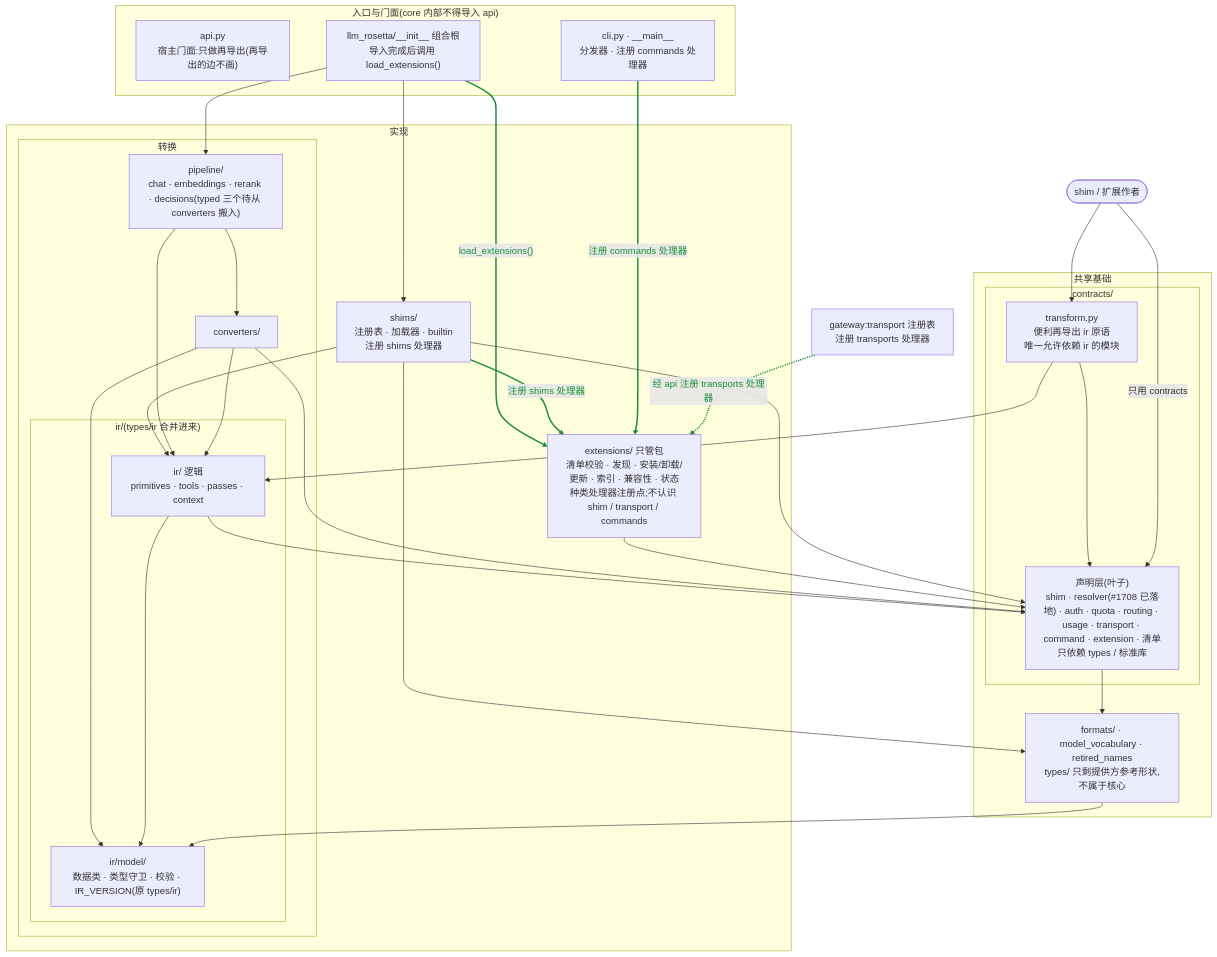
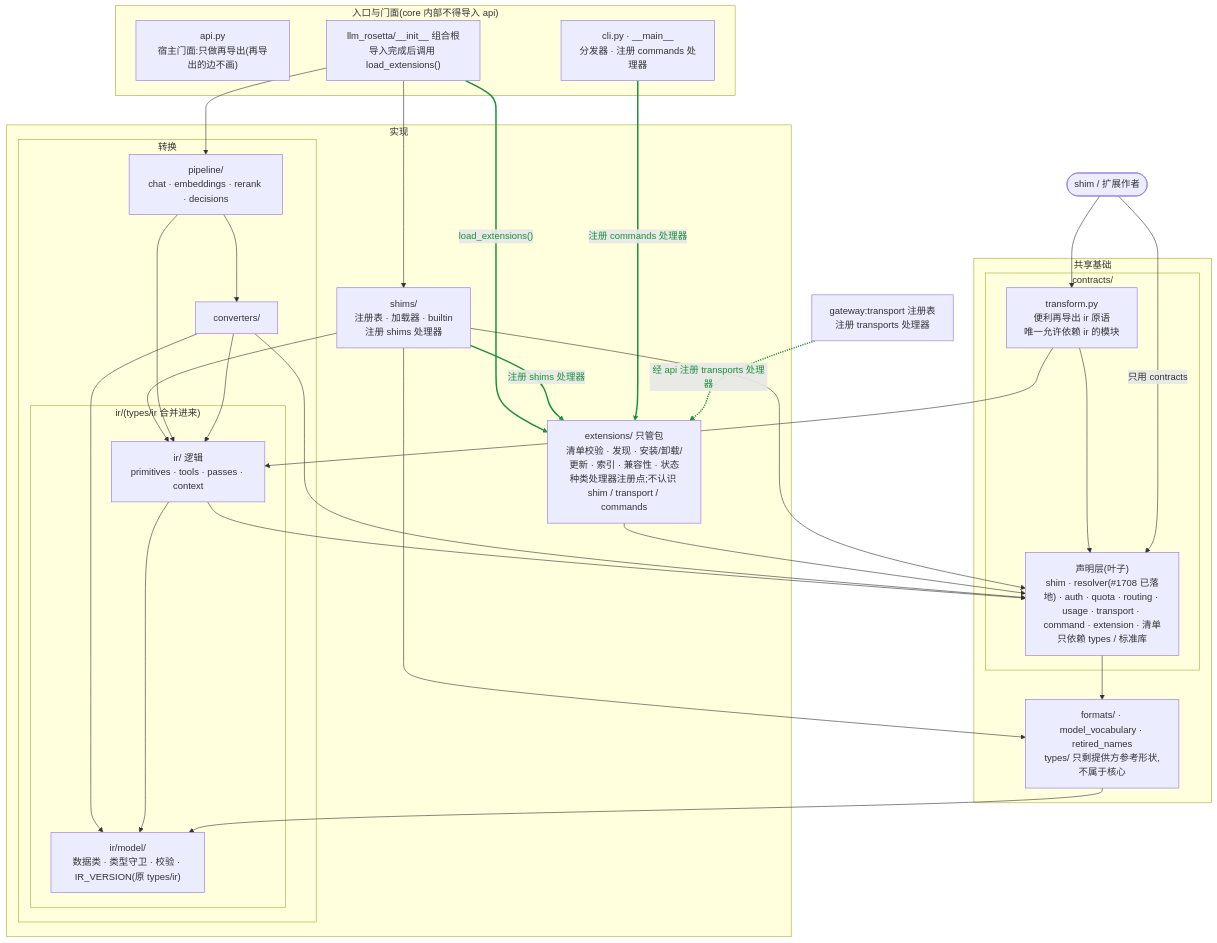
The diagram in core_target.mmd (Oaklight/llm-rosetta), drawn with Mermaid before and after one commit. The commit also changed 4 other files, not shown here.

First line of the commit message:
docs: core diagrams after #1709

```diff
--- a/core_target.mmd
+++ b/core_target.mmd
@@ -1,57 +1,57 @@
 flowchart TB
   AUTHOR(["shim / 扩展作者"])
   GW["gateway:transport 注册表<br/>注册 transports 处理器"]
   subgraph FACADE["入口与门面(core 内部不得导入 api)"]
     API["api.py<br/>宿主门面:只做再导出(再导出的边不画)"]
     INIT["llm_rosetta/__init__ 组合根<br/>导入完成后调用 load_extensions()"]
     CLI["cli.py · __main__<br/>分发器 · 注册 commands 处理器"]
   end
   subgraph IMPL["实现"]
     subgraph CONV["转换"]
-      PIPE["pipeline/<br/>chat · embeddings · rerank · decisions(typed 三个待从 converters 搬入)"]
+      PIPE["pipeline/<br/>chat · embeddings · rerank · decisions"]
       CVT["converters/"]
       subgraph IRCORE["ir/(types/ir 合并进来)"]
         IRMODEL["ir/model/<br/>数据类 · 类型守卫 · 校验 · IR_VERSION(原 types/ir)"]
         IROPS["ir/ 逻辑<br/>primitives · tools · passes · context"]
       end
     end
     EXTS["extensions/ 只管包<br/>清单校验 · 发现 · 安装/卸载/更新 · 索引 · 兼容性 · 状态<br/>种类处理器注册点;不认识 shim / transport / commands"]
     SHIM["shims/<br/>注册表 · 加载器 · builtin<br/>注册 shims 处理器"]
   end
   subgraph FOUND["共享基础"]
     subgraph CONS["contracts/"]
       CDECL["声明层(叶子)<br/>shim · resolver(#1708 已落地) · auth · quota · routing · usage · transport · command · extension · 清单<br/>只依赖 types / 标准库"]
       CXF["transform.py<br/>便利再导出 ir 原语<br/>唯一允许依赖 ir 的模块"]
     end
     FMT["formats/ · model_vocabulary · retired_names<br/>types/ 只剩提供方参考形状,不属于核心"]
   end
 
 
   INIT --> PIPE
   INIT --> SHIM
   INIT -->|"load_extensions()"| EXTS
   SHIM -->|"注册 shims 处理器"| EXTS
   CLI -->|"注册 commands 处理器"| EXTS
   GW -.->|"经 api 注册 transports 处理器"| EXTS
   EXTS --> CDECL
   SHIM --> CDECL
   SHIM --> IROPS
   SHIM --> FMT
   PIPE --> CVT
   PIPE --> IROPS
   CVT --> IROPS
   CVT --> IRMODEL
   CVT --> CDECL
   IROPS --> CDECL
   IROPS --> IRMODEL
   FMT --> IRMODEL
   CXF --> IROPS
   CXF --> CDECL
   CDECL --> FMT
   AUTHOR -->|"只用 contracts"| CDECL
   AUTHOR --> CXF
 
   linkStyle 2 stroke:#1a8f3c,stroke-width:2.5px,color:#1a8f3c
   linkStyle 3 stroke:#1a8f3c,stroke-width:2.5px,color:#1a8f3c
   linkStyle 4 stroke:#1a8f3c,stroke-width:2.5px,color:#1a8f3c
   linkStyle 5 stroke:#1a8f3c,stroke-width:2.5px,color:#1a8f3c
```
